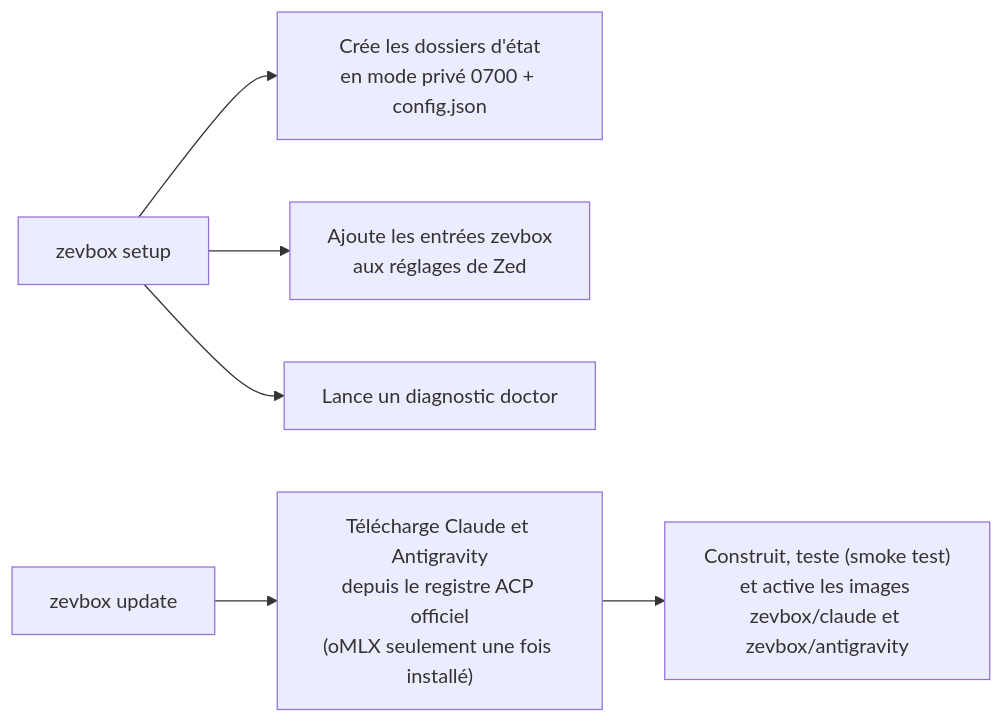
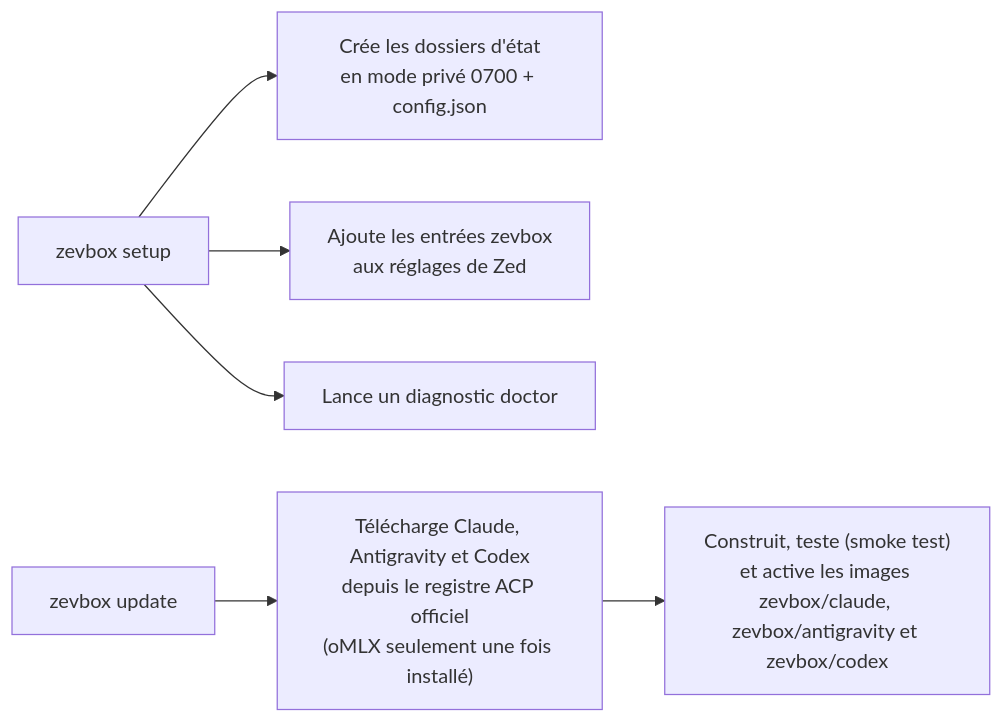
Before and after one commit to brainztorm/zevbox: the second of 3 diagrams in docs/fr/GUIDE_UTILISATEUR.md, drawn with Mermaid. The commit also changed other lines of this file and 28 other files, not shown here.

````diff
--- a/docs/fr/GUIDE_UTILISATEUR.md
+++ b/docs/fr/GUIDE_UTILISATEUR.md
@@ -93,8 +93,8 @@
 ```mermaid
 flowchart LR
     SetupCmd["zevbox setup"] --> DirInit["Crée les dossiers d'état\nen mode privé 0700 + config.json"]
     SetupCmd --> ZedSet["Ajoute les entrées zevbox\naux réglages de Zed"]
     SetupCmd --> Doc["Lance un diagnostic doctor"]
-    UpdateCmd["zevbox update"] --> Build["Télécharge Claude et Antigravity\ndepuis le registre ACP officiel\n(oMLX seulement une fois installé)"]
-    Build --> Img["Construit, teste (smoke test)\net active les images zevbox/claude et zevbox/antigravity"]
+    UpdateCmd["zevbox update"] --> Build["Télécharge Claude, Antigravity et Codex\ndepuis le registre ACP officiel\n(oMLX seulement une fois installé)"]
+    Build --> Img["Construit, teste (smoke test)\net active les images zevbox/claude, zevbox/antigravity et zevbox/codex"]
 ```
````
